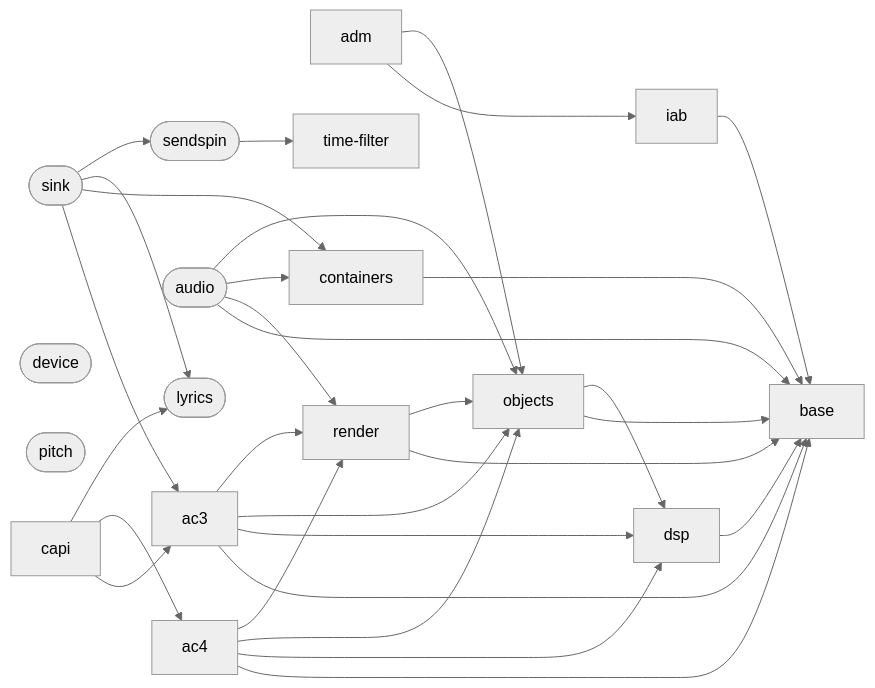
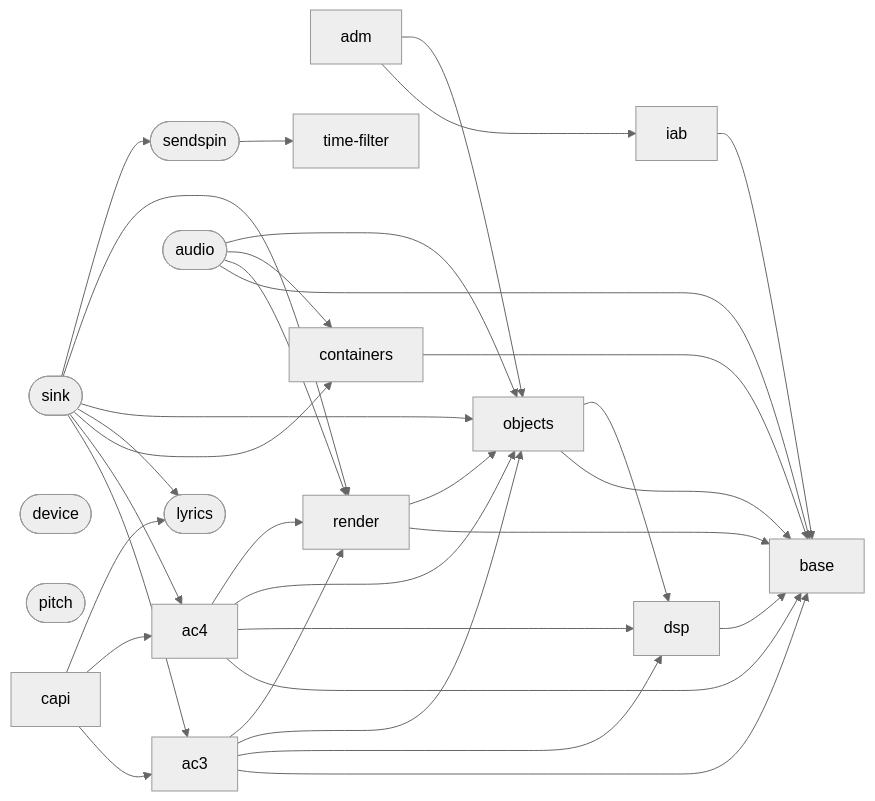
The diagram in docs/projects.md (iainchesworthlabs/iclforge), drawn with Mermaid (neutral theme) before and after one commit. The commit also changed other lines of this file and 11 other files, not shown here.

````diff
--- a/docs/projects.md
+++ b/docs/projects.md
@@ -105,49 +105,52 @@
 ```mermaid
 flowchart LR
     ac3["ac3"]
     ac4["ac4"]
     adm["adm"]
     audio(["audio"])
     base["base"]
     capi["capi"]
     containers["containers"]
     device(["device"])
     dsp["dsp"]
     iab["iab"]
     lyrics(["lyrics"])
     objects["objects"]
     pitch(["pitch"])
     render["render"]
     sendspin(["sendspin"])
     sink(["sink"])
     time_filter["time-filter"]
     ac3 --> base
     ac3 --> dsp
     ac3 --> objects
     ac3 --> render
     ac4 --> base
     ac4 --> dsp
     ac4 --> objects
     ac4 --> render
     adm --> iab
     adm --> objects
     audio --> base
     audio --> render
     audio --> containers
     audio --> objects
     capi --> ac3
     capi --> ac4
     capi --> lyrics
     containers --> base
     dsp --> base
     iab --> base
     objects --> base
     objects --> dsp
     render --> base
     render --> objects
     sendspin --> time_filter
     sink --> ac3
+    sink --> ac4
     sink --> containers
     sink --> lyrics
+    sink --> objects
+    sink --> render
     sink --> sendspin
 ```
````
